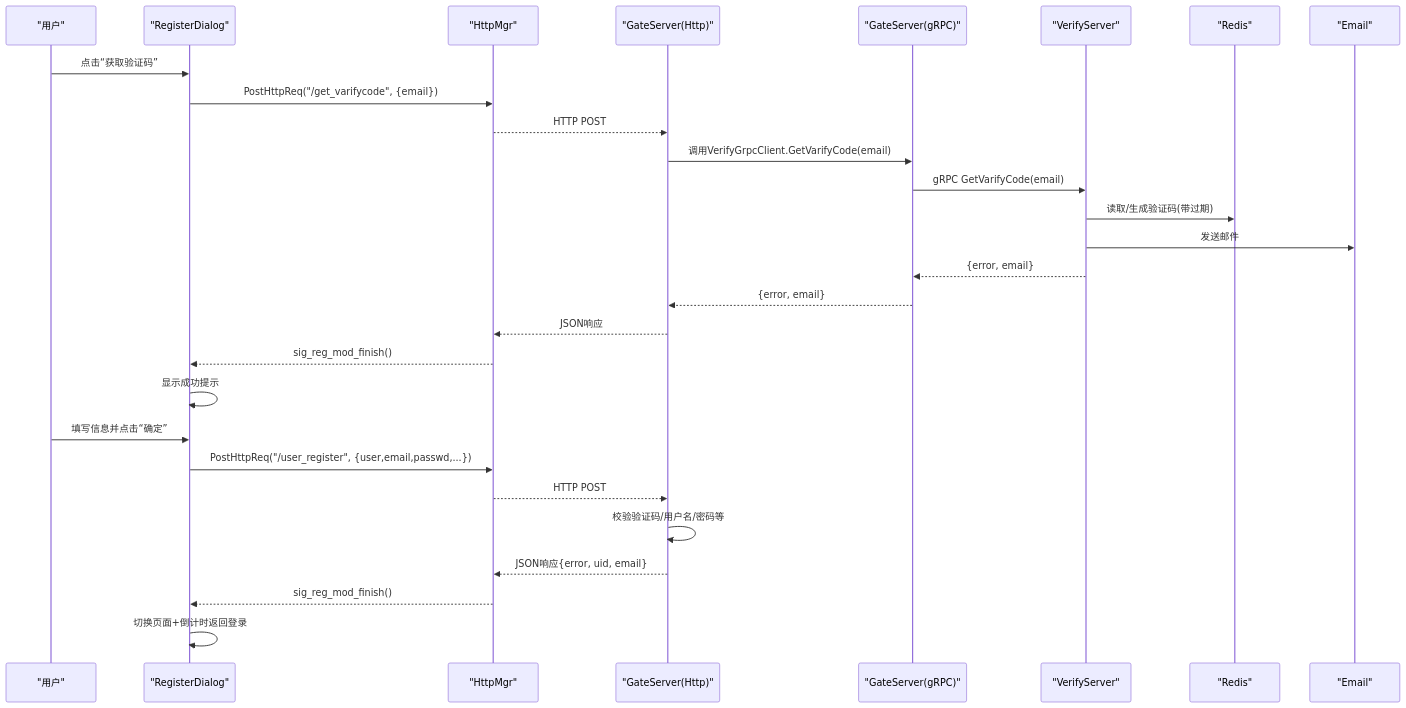
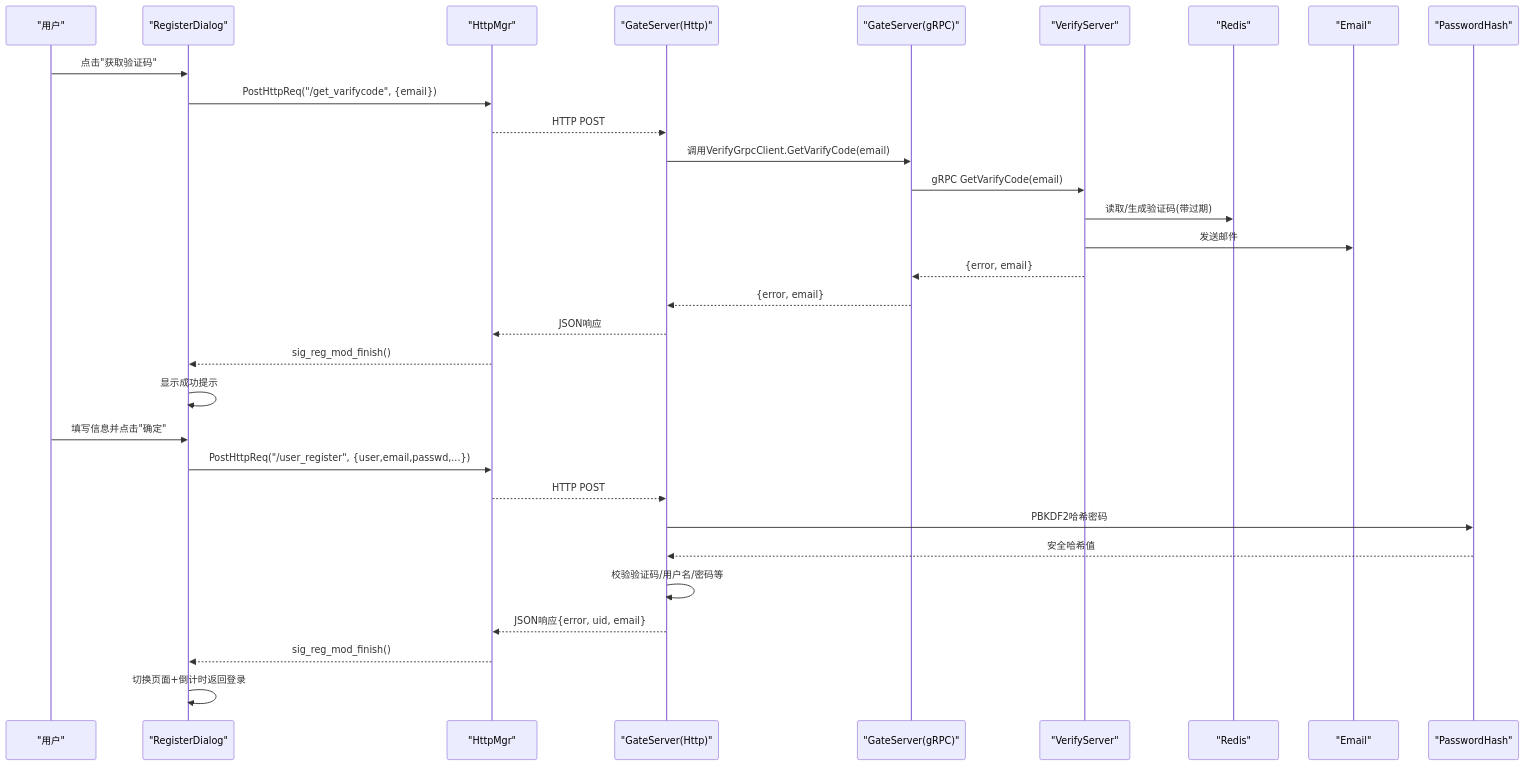
The second of 8 diagrams in .qoder/repowiki/zh/content/核心功能模块/用户认证系统/用户注册功能.md (echo9923/mychatter), drawn with Mermaid before and after one commit. The commit also changed other lines of this file and 58 other files, not shown here.

````diff
--- a/.qoder/repowiki/zh/content/核心功能模块/用户认证系统/用户注册功能.md
+++ b/.qoder/repowiki/zh/content/核心功能模块/用户认证系统/用户注册功能.md
@@ -105,30 +126,33 @@
 ```mermaid
 sequenceDiagram
 participant U as "用户"
 participant D as "RegisterDialog"
 participant H as "HttpMgr"
 participant G as "GateServer(Http)"
 participant V as "GateServer(gRPC)"
 participant S as "VerifyServer"
 participant R as "Redis"
 participant E as "Email"
-U->>D : 点击“获取验证码”
+participant P as "PasswordHash"
+U->>D : 点击"获取验证码"
 D->>H : PostHttpReq("/get_varifycode", {email})
 H-->>G : HTTP POST
 G->>V : 调用VerifyGrpcClient.GetVarifyCode(email)
 V->>S : gRPC GetVarifyCode(email)
 S->>R : 读取/生成验证码(带过期)
 S->>E : 发送邮件
 S-->>V : {error, email}
 V-->>G : {error, email}
 G-->>H : JSON响应
 H-->>D : sig_reg_mod_finish()
 D->>D : 显示成功提示
-U->>D : 填写信息并点击“确定”
+U->>D : 填写信息并点击"确定"
 D->>H : PostHttpReq("/user_register", {user,email,passwd,...})
 H-->>G : HTTP POST
+G->>P : PBKDF2哈希密码
+P-->>G : 安全哈希值
 G->>G : 校验验证码/用户名/密码等
 G-->>H : JSON响应{error, uid, email}
 H-->>D : sig_reg_mod_finish()
 D->>D : 切换页面+倒计时返回登录
 ```
````
